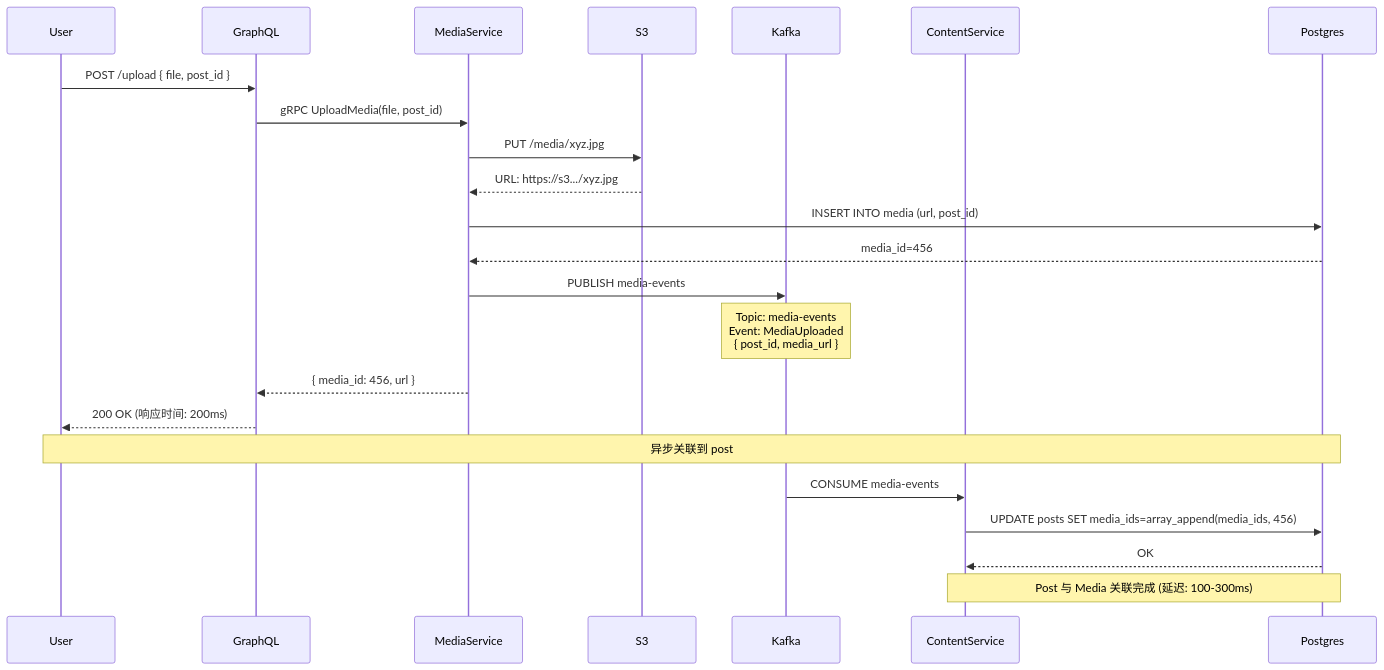
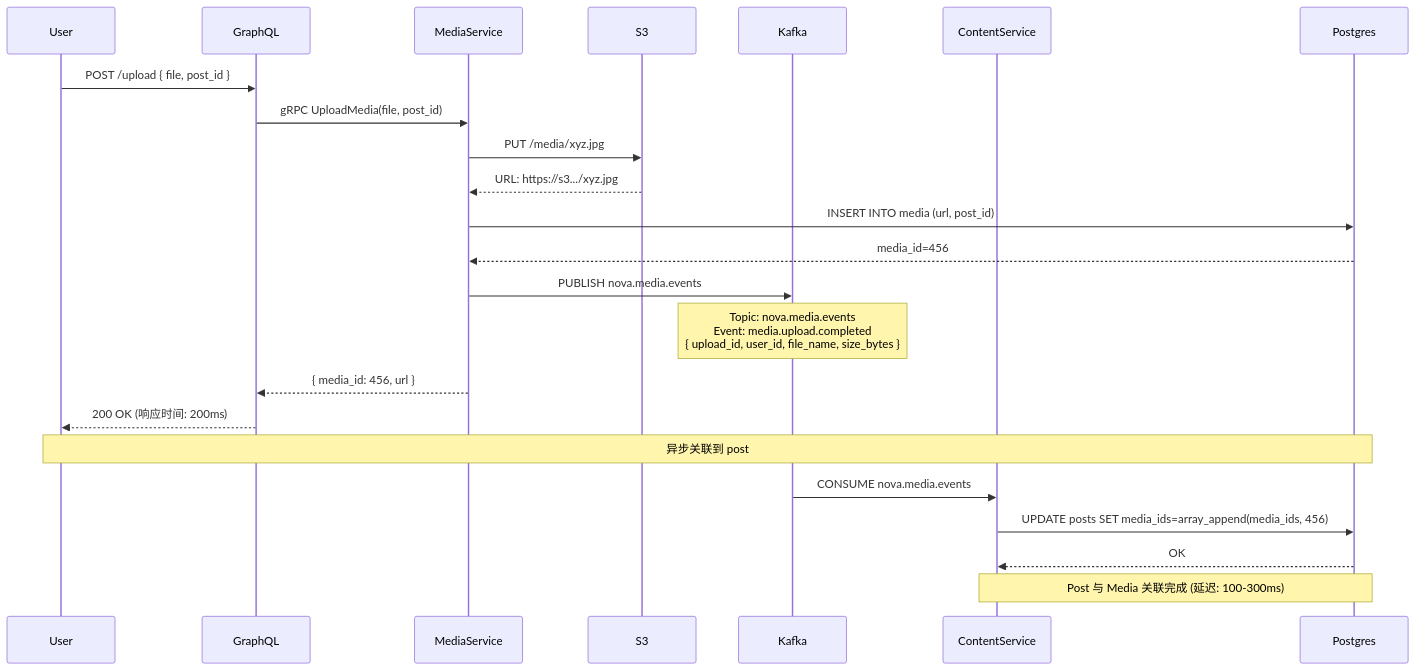
Before and after one commit to proerror77/Nova: the second of 3 diagrams in docs/analysis/ARCHITECTURE_BENEFITS_AND_FLOWS.md, drawn with Mermaid. The commit also changed other lines of this file and 22 other files, not shown here.

````diff
--- a/docs/analysis/ARCHITECTURE_BENEFITS_AND_FLOWS.md
+++ b/docs/analysis/ARCHITECTURE_BENEFITS_AND_FLOWS.md
@@ -209,33 +209,33 @@
 ```mermaid
 sequenceDiagram
     participant User
     participant GraphQL
     participant MediaService
     participant S3
     participant Kafka
     participant ContentService
     participant Postgres
 
     User->>GraphQL: POST /upload { file, post_id }
     GraphQL->>MediaService: gRPC UploadMedia(file, post_id)
 
     MediaService->>S3: PUT /media/xyz.jpg
     S3-->>MediaService: URL: https://s3.../xyz.jpg
 
     MediaService->>Postgres: INSERT INTO media (url, post_id)
     Postgres-->>MediaService: media_id=456
 
-    MediaService->>Kafka: PUBLISH media-events
-    Note over Kafka: Topic: media-events<br/>Event: MediaUploaded<br/>{ post_id, media_url }
+    MediaService->>Kafka: PUBLISH nova.media.events
+    Note over Kafka: Topic: nova.media.events<br/>Event: media.upload.completed<br/>{ upload_id, user_id, file_name, size_bytes }
 
     MediaService-->>GraphQL: { media_id: 456, url }
     GraphQL-->>User: 200 OK (响应时间: 200ms)
 
     Note over User,Postgres: 异步关联到 post
 
-    Kafka->>ContentService: CONSUME media-events
+    Kafka->>ContentService: CONSUME nova.media.events
     ContentService->>Postgres: UPDATE posts SET media_ids=array_append(media_ids, 456)
     Postgres-->>ContentService: OK
 
     Note over ContentService,Postgres: Post 与 Media 关联完成 (延迟: 100-300ms)
 ```
````
